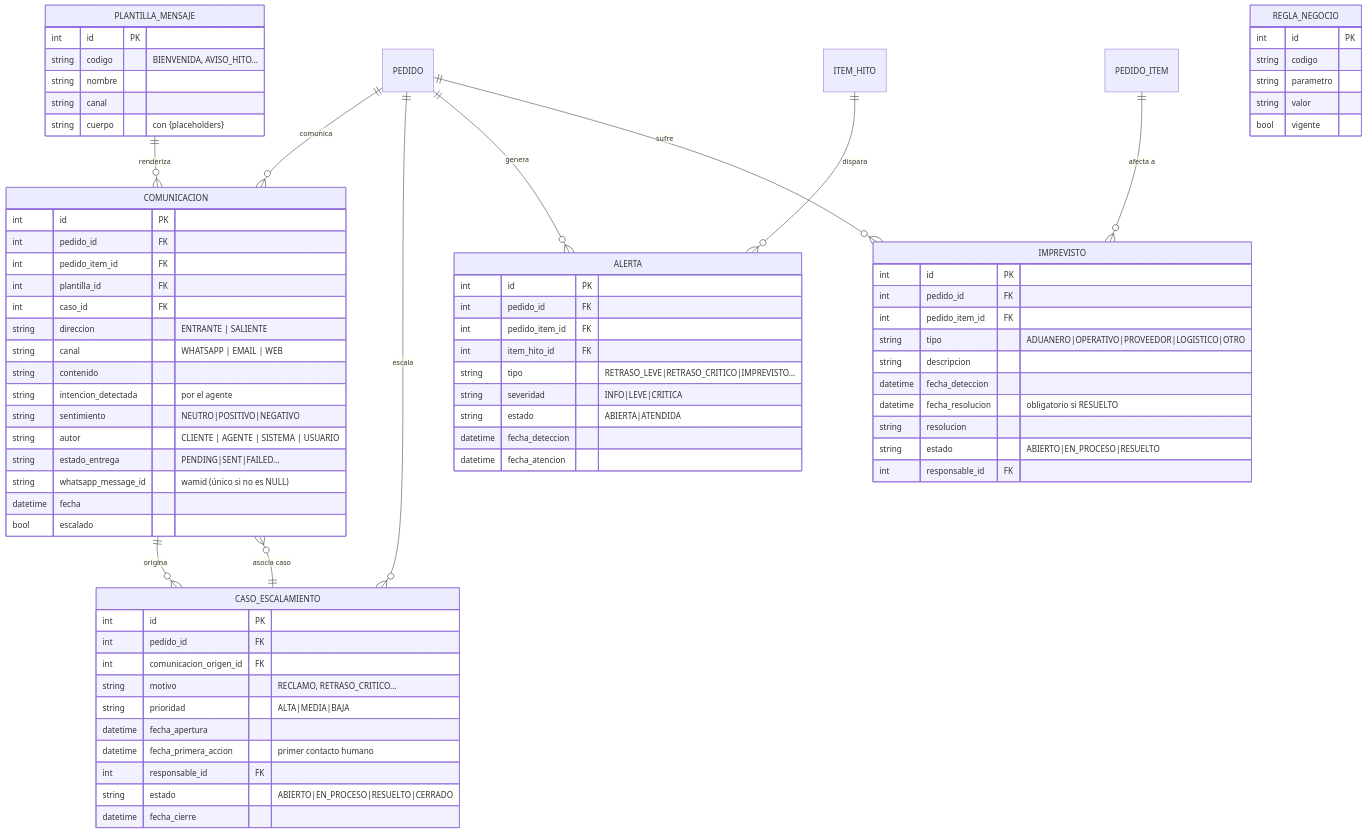
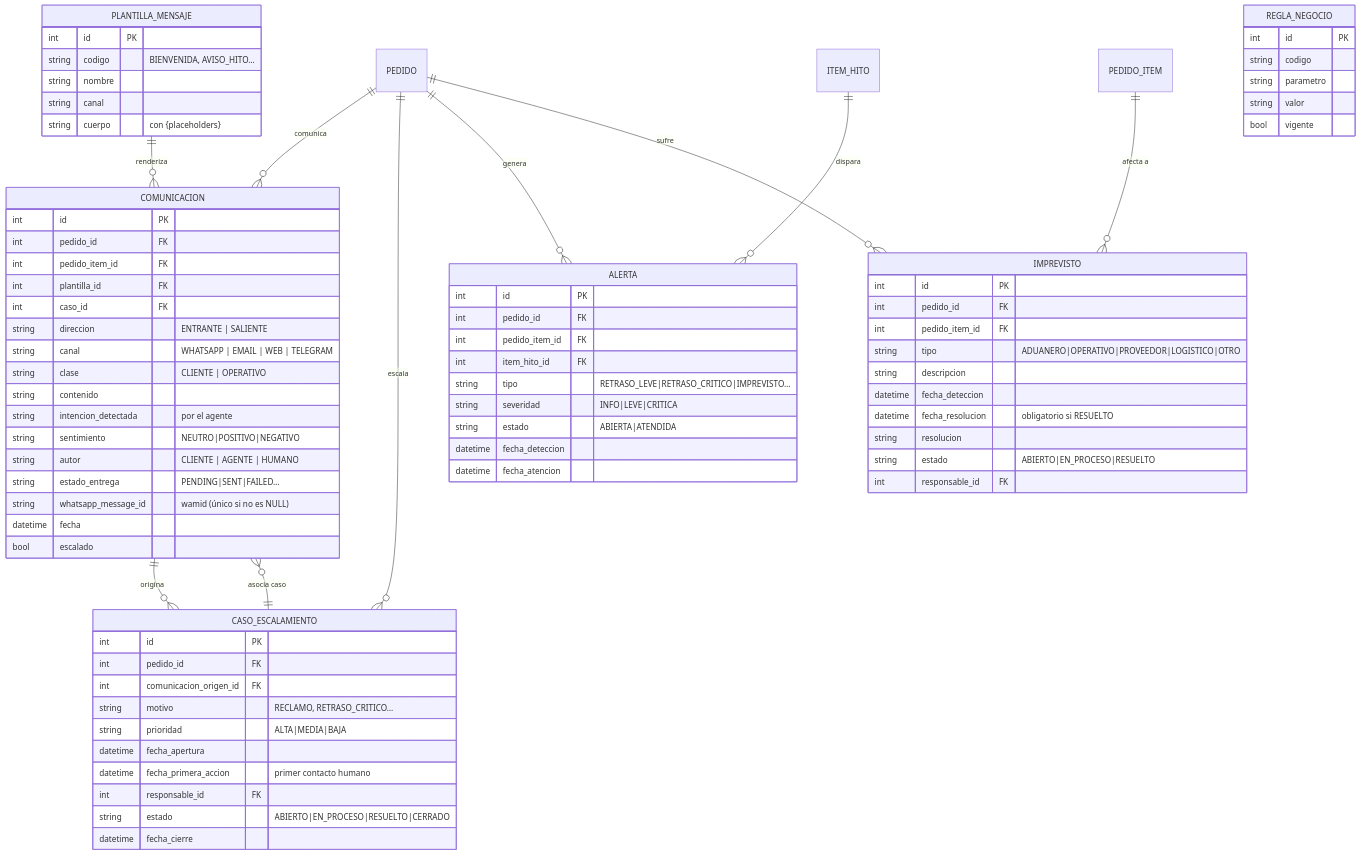
The third of 5 diagrams in docs/03-modelo-er.md (Jijiploff/polux-import-customers), drawn with Mermaid before and after one commit. The commit also changed other lines of this file and 42 other files, not shown here.

Commit message:
feat(casos): respuesta local y separacion cliente/operativo

````diff
--- a/docs/03-modelo-er.md
+++ b/docs/03-modelo-er.md
@@ -171,79 +171,80 @@
 ```mermaid
 erDiagram
     PEDIDO ||--o{ COMUNICACION : "comunica"
     PLANTILLA_MENSAJE ||--o{ COMUNICACION : "renderiza"
     COMUNICACION ||--o{ CASO_ESCALAMIENTO : "origina"
     CASO_ESCALAMIENTO ||--o{ COMUNICACION : "asocia caso"
     PEDIDO ||--o{ CASO_ESCALAMIENTO : "escala"
     PEDIDO ||--o{ ALERTA : "genera"
     ITEM_HITO ||--o{ ALERTA : "dispara"
     PEDIDO ||--o{ IMPREVISTO : "sufre"
     PEDIDO_ITEM ||--o{ IMPREVISTO : "afecta a"
 
     PLANTILLA_MENSAJE {
         int id PK
         string codigo "BIENVENIDA, AVISO_HITO…"
         string nombre
         string canal
         string cuerpo "con {placeholders}"
     }
     COMUNICACION {
         int id PK
         int pedido_id FK
         int pedido_item_id FK
         int plantilla_id FK
         int caso_id FK
         string direccion "ENTRANTE | SALIENTE"
-        string canal "WHATSAPP | EMAIL | WEB"
+        string canal "WHATSAPP | EMAIL | WEB | TELEGRAM"
+        string clase "CLIENTE | OPERATIVO"
         string contenido
         string intencion_detectada "por el agente"
         string sentimiento "NEUTRO|POSITIVO|NEGATIVO"
-        string autor "CLIENTE | AGENTE | SISTEMA | USUARIO"
+        string autor "CLIENTE | AGENTE | HUMANO"
         string estado_entrega "PENDING|SENT|FAILED…"
         string whatsapp_message_id "wamid (único si no es NULL)"
         datetime fecha
         bool escalado
     }
     CASO_ESCALAMIENTO {
         int id PK
         int pedido_id FK
         int comunicacion_origen_id FK
         string motivo "RECLAMO, RETRASO_CRITICO…"
         string prioridad "ALTA|MEDIA|BAJA"
         datetime fecha_apertura
         datetime fecha_primera_accion "primer contacto humano"
         int responsable_id FK
         string estado "ABIERTO|EN_PROCESO|RESUELTO|CERRADO"
         datetime fecha_cierre
     }
     ALERTA {
         int id PK
         int pedido_id FK
         int pedido_item_id FK
         int item_hito_id FK
         string tipo "RETRASO_LEVE|RETRASO_CRITICO|IMPREVISTO…"
         string severidad "INFO|LEVE|CRITICA"
         string estado "ABIERTA|ATENDIDA"
         datetime fecha_deteccion
         datetime fecha_atencion
     }
     IMPREVISTO {
         int id PK
         int pedido_id FK
         int pedido_item_id FK
         string tipo "ADUANERO|OPERATIVO|PROVEEDOR|LOGISTICO|OTRO"
         string descripcion
         datetime fecha_deteccion
         datetime fecha_resolucion "obligatorio si RESUELTO"
         string resolucion
         string estado "ABIERTO|EN_PROCESO|RESUELTO"
         int responsable_id FK
     }
     REGLA_NEGOCIO {
         int id PK
         string codigo
         string parametro
         string valor
         bool vigente
     }
 ```
````
